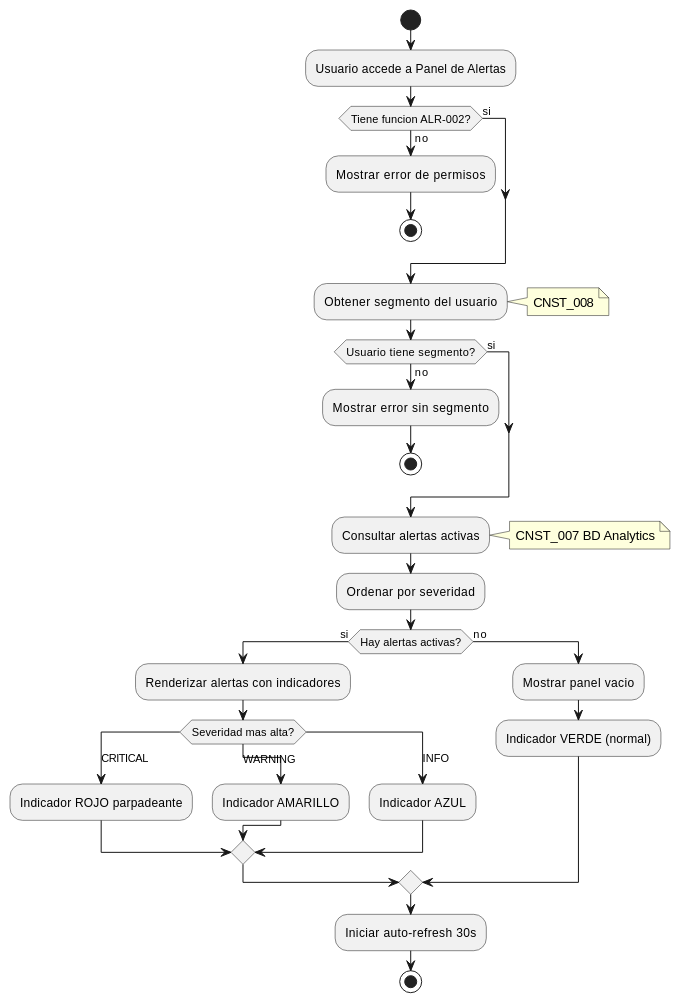
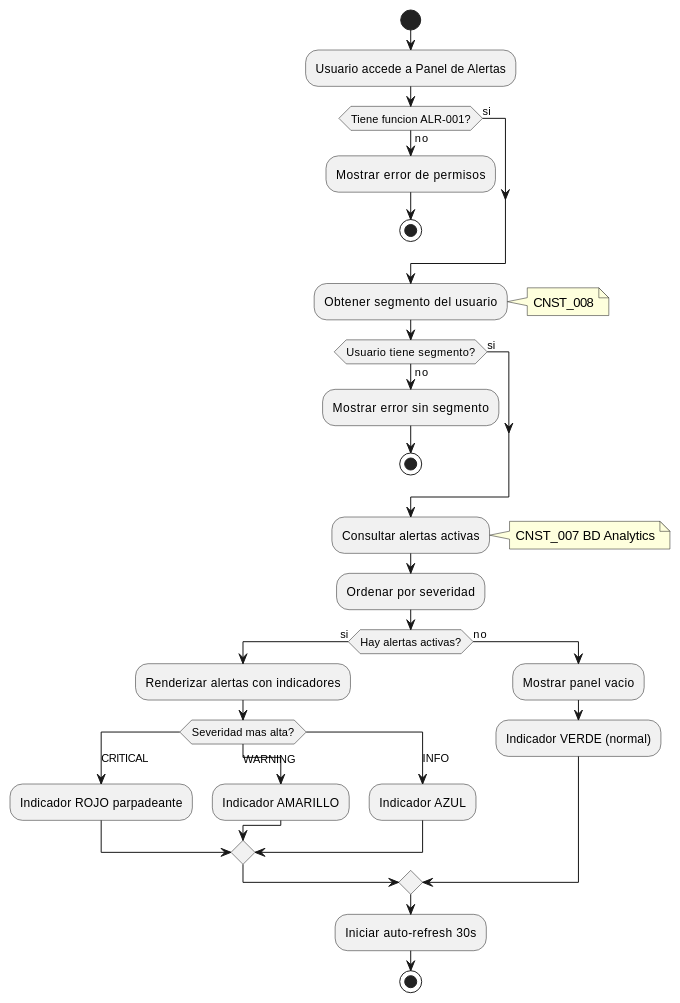
One commit to jcg-admin/IACT-docs changed the third of 3 diagrams in source/requisitos/casos-uso/alerts/uc-alr-02-ver-alertas-activas.rst. Above: the diagram before and after it, drawn with PlantUML. The commit also changed other lines of this file and 8 other files, not shown here.

```diff
--- a/source/requisitos/casos-uso/alerts/uc-alr-02-ver-alertas-activas.rst
+++ b/source/requisitos/casos-uso/alerts/uc-alr-02-ver-alertas-activas.rst
@@ -309,46 +309,46 @@
 .. uml::
  :caption: Diagrama de Actividad - UC_ALR_02
 
  @startuml
  start
  :Usuario accede a Panel de Alertas;
 
- if (Tiene funcion ALR-002?) then (no)
+ if (Tiene funcion ALR-001?) then (no)
  :Mostrar error de permisos;
  stop
  else (si)
  endif
 
  :Obtener segmento del usuario;
  note right: CNST_008
 
  if (Usuario tiene segmento?) then (no)
  :Mostrar error sin segmento;
  stop
  else (si)
  endif
 
  :Consultar alertas activas;
  note right: CNST_007 BD Analytics
 
  :Ordenar por severidad;
 
  if (Hay alertas activas?) then (si)
  :Renderizar alertas con indicadores;
  switch (Severidad mas alta?)
  case (CRITICAL)
  :Indicador ROJO parpadeante;
  case (WARNING)
  :Indicador AMARILLO;
  case (INFO)
  :Indicador AZUL;
  endswitch
  else (no)
  :Mostrar panel vacio;
  :Indicador VERDE (normal);
  endif
 
  :Iniciar auto-refresh 30s;
 
  stop
  @enduml
```
